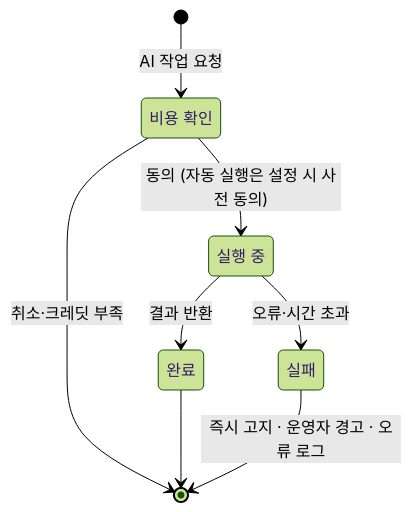
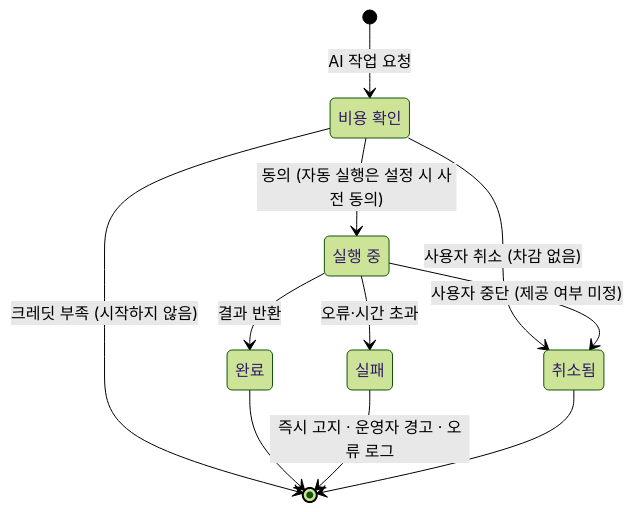
The fifth of 5 diagrams in docs/diagrams/state.md (SKNETWORKS-FAMILY-AICAMP/SKN34-FINAL-4TEAM), drawn with Mermaid (forest theme) before and after one commit. The commit also changed other lines of this file and 25 other files, not shown here.

````diff
--- a/docs/diagrams/state.md
+++ b/docs/diagrams/state.md
@@ -108,14 +111,18 @@
 ```mermaid
 stateDiagram-v2
   state "비용 확인" as QUOTE
   state "실행 중" as RUN
   state "완료" as OK
   state "실패" as FAIL
+  state "취소됨" as CANCELED
   [*] --> QUOTE: AI 작업 요청
   QUOTE --> RUN: 동의 (자동 실행은 설정 시 사전 동의)
-  QUOTE --> [*]: 취소·크레딧 부족
+  QUOTE --> CANCELED: 사용자 취소 (차감 없음)
+  QUOTE --> [*]: 크레딧 부족 (시작하지 않음)
+  RUN --> CANCELED: 사용자 중단 (제공 여부 미정)
   RUN --> OK: 결과 반환
   RUN --> FAIL: 오류·시간 초과
   OK --> [*]
   FAIL --> [*]: 즉시 고지 · 운영자 경고 · 오류 로그
+  CANCELED --> [*]
 ```
````
